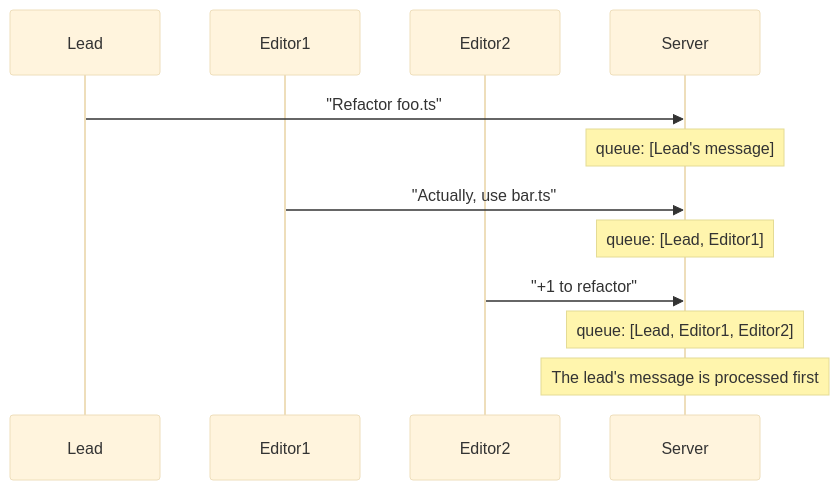
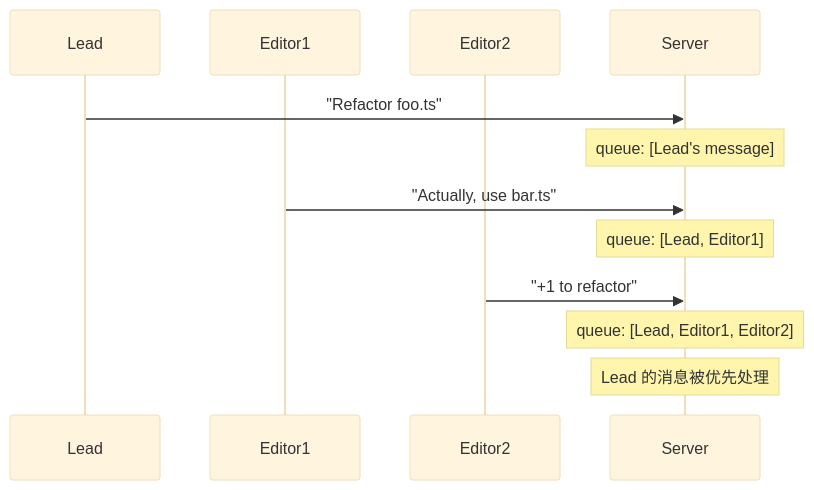
The fifth of 6 diagrams in docs-site/docs/14-collab-web.md (YeLuo45/oh-my-pi-design), drawn with Mermaid (base theme) before and after one commit. The commit also changed other lines of this file and 37 other files, not shown here.

````diff
--- a/docs-site/docs/14-collab-web.md
+++ b/docs-site/docs/14-collab-web.md
@@ -300,15 +300,15 @@
 ```mermaid
 sequenceDiagram
     participant Lead
     participant Editor1
     participant Editor2
     participant Server
 
     Lead->>Server: "Refactor foo.ts"
     Note over Server: queue: [Lead's message]
     Editor1->>Server: "Actually, use bar.ts"
     Note over Server: queue: [Lead, Editor1]
     Editor2->>Server: "+1 to refactor"
     Note over Server: queue: [Lead, Editor1, Editor2]
-    Note over Server: The lead's message is processed first
+    Note over Server: Lead 的消息被优先处理
 ```
````
